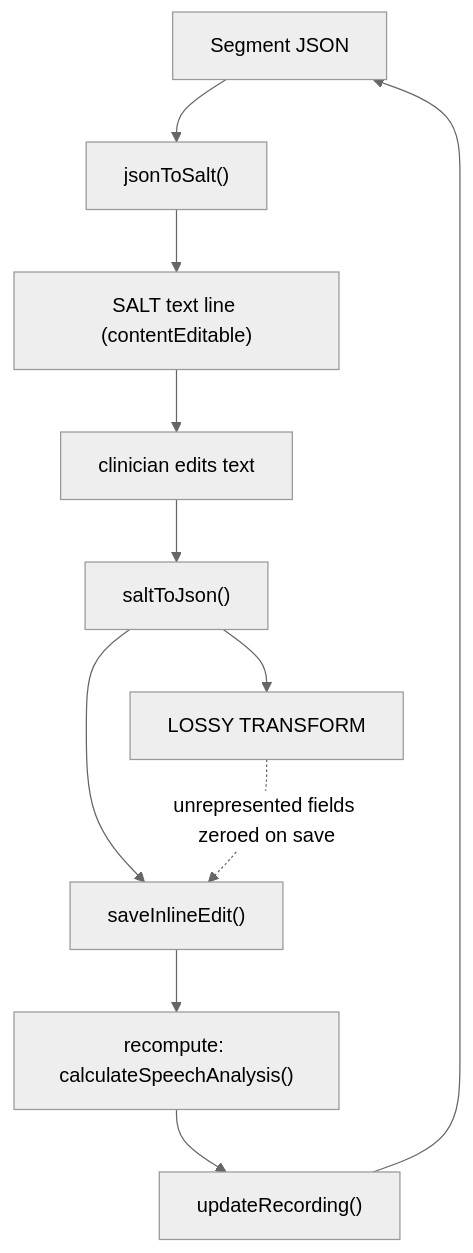
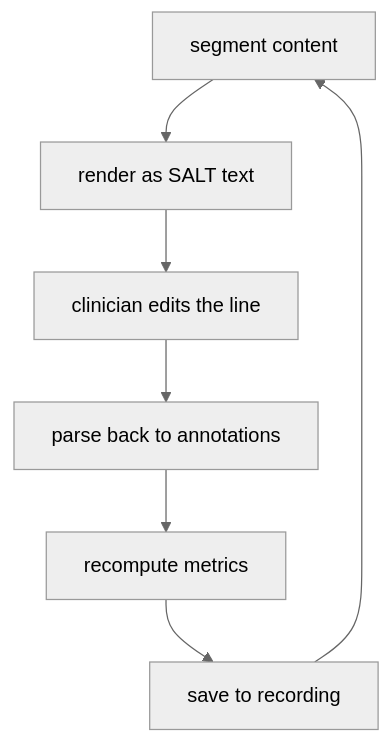
Before and after one commit to Longcao24/sate-companion: the third of 3 diagrams in docs-site/docs/guides/web-app.md, drawn with Mermaid (neutral theme). The commit also changed other lines of this file and 17 other files, not shown here.

First line of the commit message:
docs-site: generalize published docs + add system-overview diagram

````diff
--- a/docs-site/docs/guides/web-app.md
+++ b/docs-site/docs/guides/web-app.md
@@ -270,13 +166,9 @@
 ```mermaid
 flowchart TD
-    S0["Segment JSON"] --> S1["jsonToSalt()"]
-    S1 --> S2["SALT text line (contentEditable)"]
-    S2 --> S3["clinician edits text"]
-    S3 --> S4["saltToJson()"]
-    S4 --> W["LOSSY TRANSFORM"]
-    S4 --> S5["saveInlineEdit()"]
-    W -.->|"unrepresented fields zeroed on save"| S5
-    S5 --> S6["recompute: calculateSpeechAnalysis()"]
-    S6 --> S7["updateRecording()"]
-    S7 --> S0
+    S0["segment content"] --> S1["render as SALT text"]
+    S1 --> S2["clinician edits the line"]
+    S2 --> S3["parse back to annotations"]
+    S3 --> S4["recompute metrics"]
+    S4 --> S5["save to recording"]
+    S5 --> S0
 ```
````
